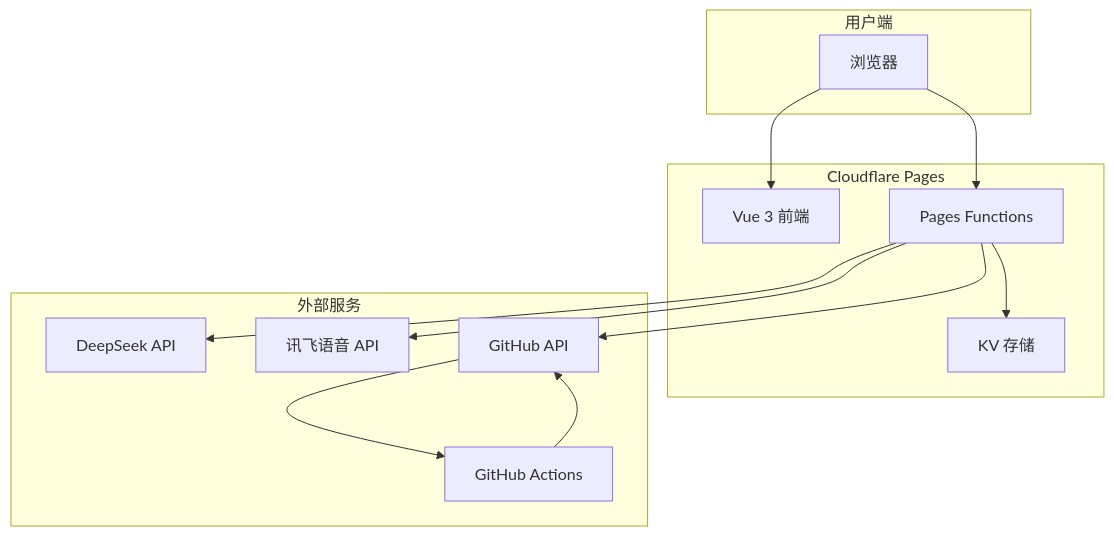
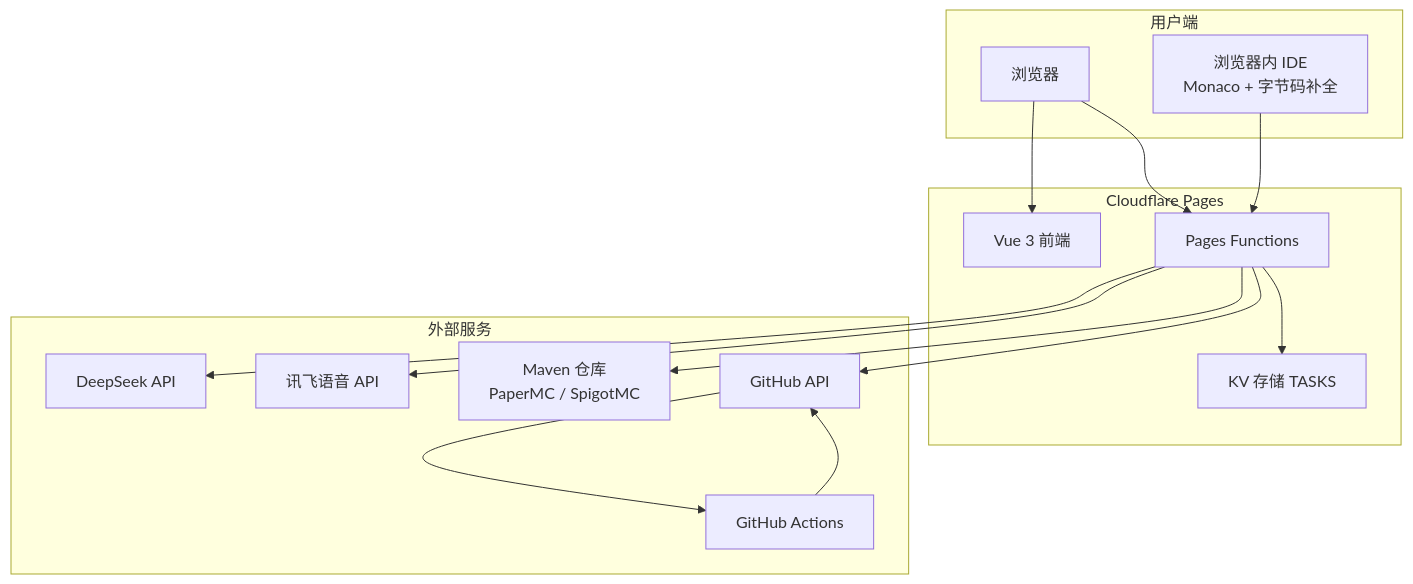
Before and after one commit to superwfox/minecraft-dev: the first of 3 diagrams in docs/technical/architecture.md, drawn with Mermaid. The commit also changed other lines of this file and 19 other files, not shown here.

````diff
--- a/docs/technical/architecture.md
+++ b/docs/technical/architecture.md
@@ -7,28 +7,32 @@
 ```mermaid
 graph TB
     subgraph "用户端"
         Browser[浏览器]
+        IDE[浏览器内 IDE<br/>Monaco + 字节码补全]
     end
 
     subgraph "Cloudflare Pages"
         Frontend[Vue 3 前端]
         Functions[Pages Functions]
-        KV[KV 存储]
+        KV[KV 存储 TASKS]
     end
 
     subgraph "外部服务"
         DeepSeek[DeepSeek API]
         XFYun[讯飞语音 API]
+        Maven[Maven 仓库<br/>PaperMC / SpigotMC]
         GitHub[GitHub API]
         Actions[GitHub Actions]
     end
 
     Browser --> Frontend
     Browser --> Functions
+    IDE --> Functions
     Functions --> KV
     Functions --> DeepSeek
     Functions --> XFYun
+    Functions --> Maven
     Functions --> GitHub
     GitHub --> Actions
     Actions --> GitHub
 ```
````
